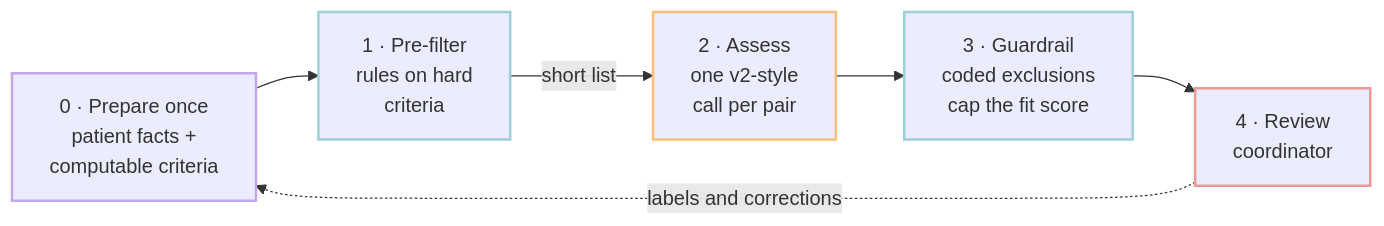
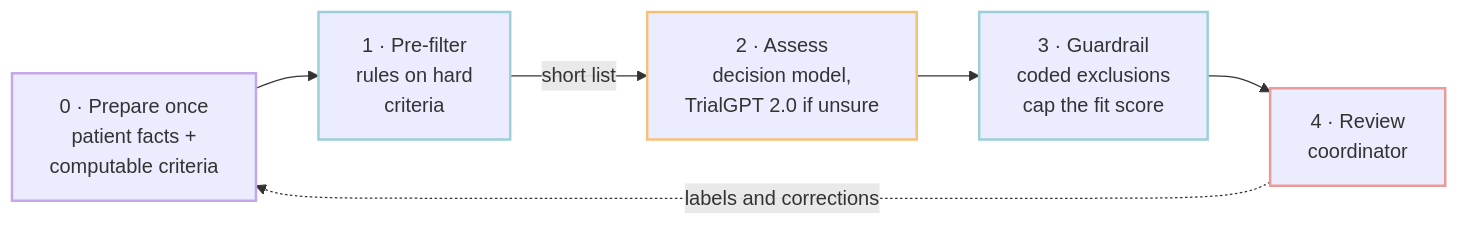
Before and after one commit to NMHeartAI/cardiology-ai-focus-group: the diagram in images/hybrid-pipeline.mmd, drawn with Mermaid. The commit also changed 2 other files, not shown here.

Commit message:
Revise 2026-11-19 deck: v2 deployment framing, decision models, closing slide
- Fix v1 vs v2 benchmark caveat (same GPT-4.1 backbone); add v2 oncology setting and real-world results
- Link Pheno-Intelligence and TrialGPT sections; reframe Adaptations around deploying TrialGPT 2.0 with NLM
- Add decision-model slide with open-weight default; reorder Adaptations to follow the pipeline
- Add discussion and next-steps slide; merge cropped figure slides into Fig. 1 and credit figures

```diff
--- a/images/hybrid-pipeline.mmd
+++ b/images/hybrid-pipeline.mmd
@@ -1,14 +1,14 @@
 flowchart LR
   P["0 · Prepare once<br/>patient facts +<br/>computable criteria"] --> F["1 · Pre-filter<br/>rules on hard<br/>criteria"]
-  F -->|short list| A["2 · Assess<br/>one v2-style<br/>call per pair"]
+  F -->|short list| A["2 · Assess<br/>decision model,<br/>TrialGPT 2.0 if unsure"]
   A --> G["3 · Guardrail<br/>coded exclusions<br/>cap the fit score"]
   G --> R["4 · Review<br/>coordinator"]
   R -.->|labels and corrections| P
   classDef src stroke:#c4a7e7,stroke-width:2px
   classDef rule stroke:#9ccfd8,stroke-width:2px
   classDef llm stroke:#f6c177,stroke-width:2px
   classDef human stroke:#ea9a97,stroke-width:2px
   class P src
   class F,G rule
   class A llm
   class R human
```
